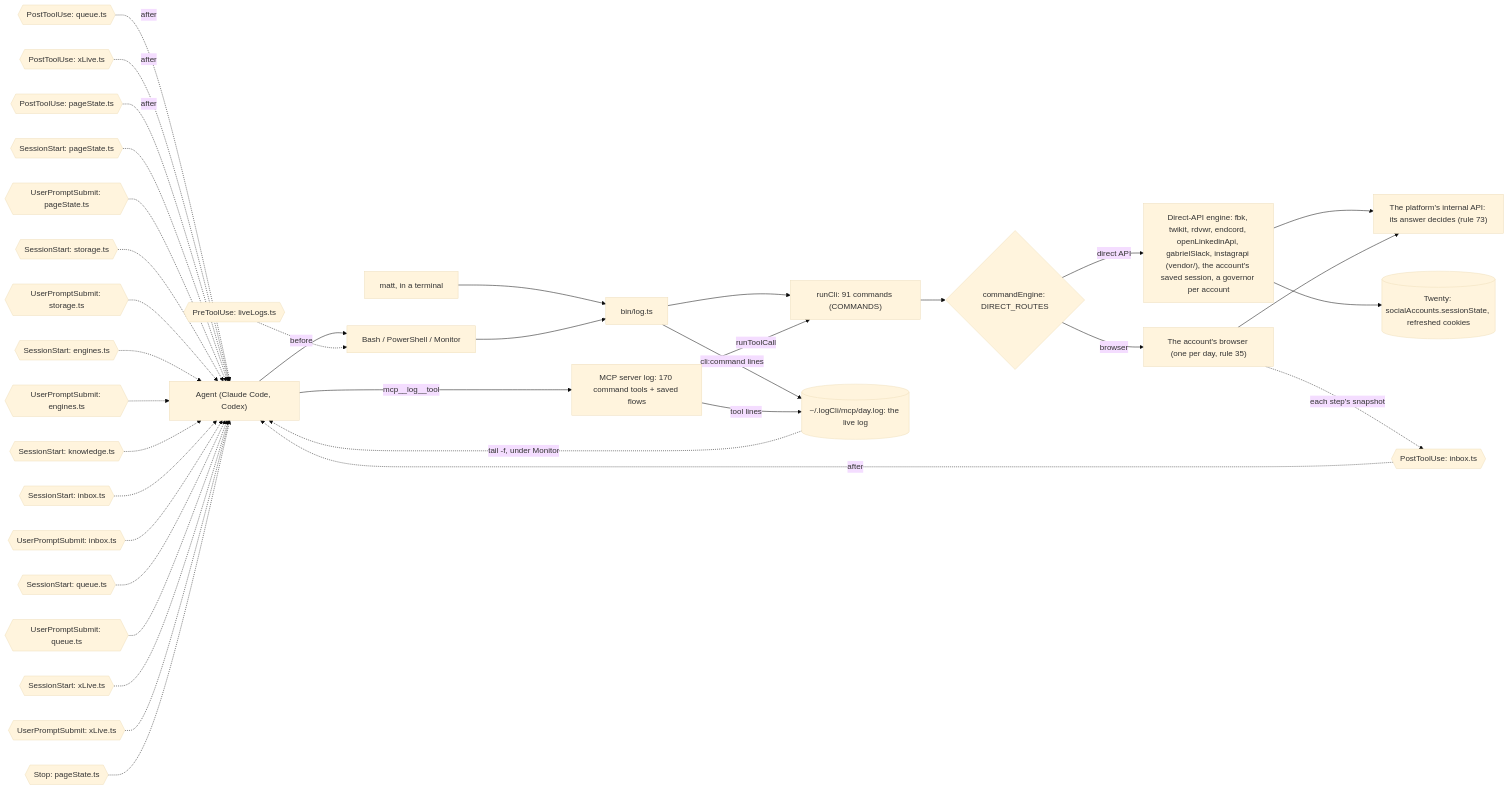
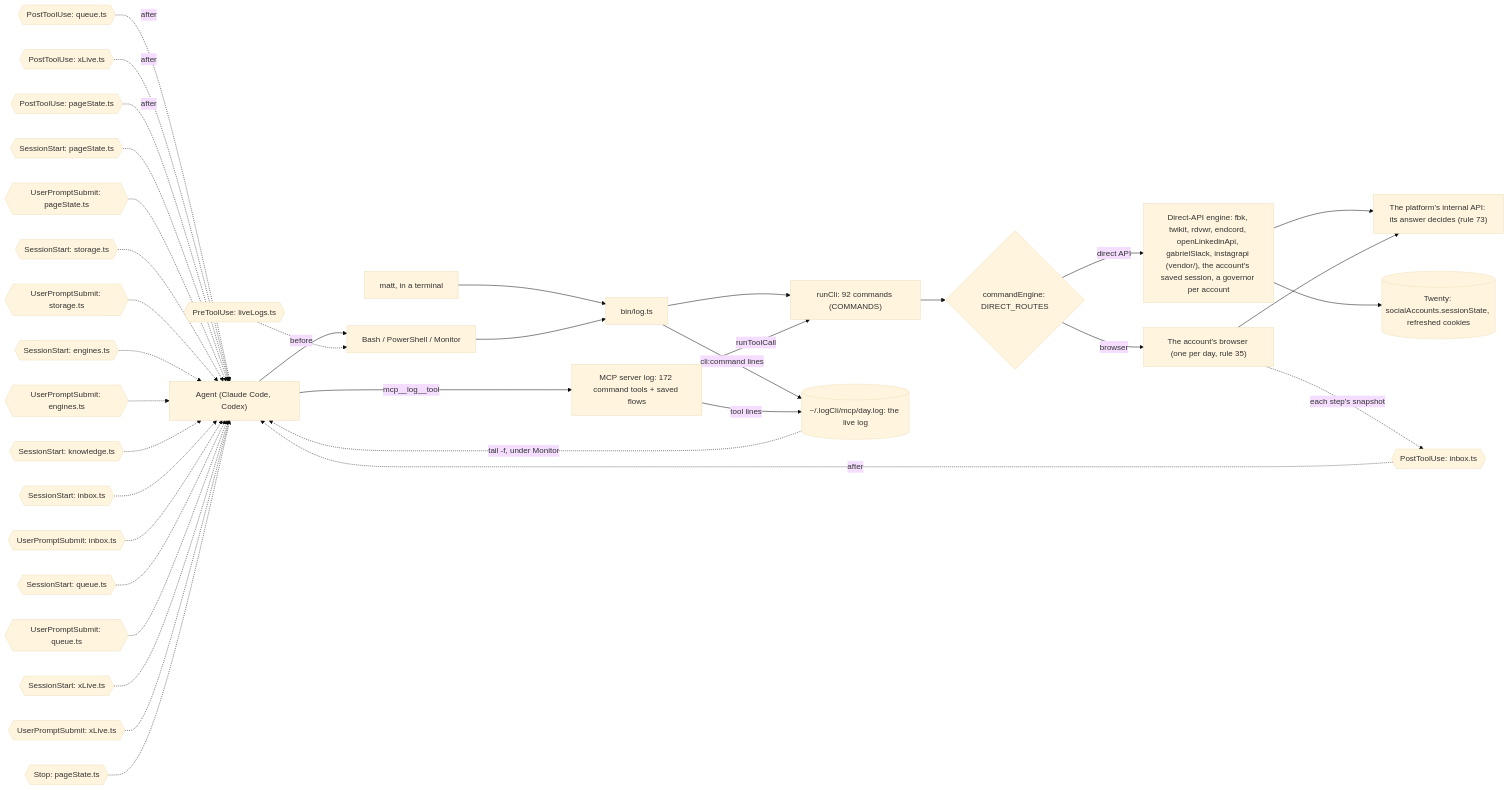
The diagram in docs/diagrams/surface.mmd (matthewdonsemail-lab/log), drawn with Mermaid (base theme) before and after one commit. The commit also changed 31 other files, not shown here.

```diff
--- a/docs/diagrams/surface.mmd
+++ b/docs/diagrams/surface.mmd
@@ -1,50 +1,50 @@
 %% How a call reaches log-cli. From a shell or over MCP, both run the same commands through `runCli`, write the same live log, and pass through the same hooks. `commandEngine` sends each command to the platform's direct API or to the account's browser.
 %% Written by `bun run docs:build` from the code (rule 56). Not edited by hand.
 flowchart LR
   agent["Agent (Claude Code, Codex)"]
   matt["matt, in a terminal"]
   shell["Bash / PowerShell / Monitor"]
-  mcp["MCP server log: 170 command tools + saved flows"]
+  mcp["MCP server log: 172 command tools + saved flows"]
   bin["bin/log.ts"]
-  runCli["runCli: 91 commands (COMMANDS)"]
+  runCli["runCli: 92 commands (COMMANDS)"]
   live[("~/.logCli/mcp/day.log: the live log")]
   engine{"commandEngine: DIRECT_ROUTES"}
   direct["Direct-API engine: fbk, twikit, rdvwr, endcord, openLinkedinApi, gabrielSlack, instagrapi (vendor/), the account's saved session, a governor per account"]
   browser["The account's browser (one per day, rule 35)"]
   api["The platform's internal API: its answer decides (rule 73)"]
   twenty[("Twenty: socialAccounts.sessionState, refreshed cookies")]
   agent --> shell
   matt --> bin
   shell --> bin
   agent -->|mcp__log__tool| mcp
   bin --> runCli
   mcp -->|runToolCall| runCli
   runCli --> engine
   engine -->|direct API| direct
   engine -->|browser| browser
   direct --> api
   browser --> api
   direct --> twenty
   bin -->|cli:command lines| live
   mcp -->|tool lines| live
   live -.->|tail -f, under Monitor| agent
   pre0{{"PreToolUse: liveLogs.ts"}} -.->|before| shell
   post0{{"PostToolUse: inbox.ts"}} -.->|after| agent
   post1{{"PostToolUse: queue.ts"}} -.->|after| agent
   post2{{"PostToolUse: xLive.ts"}} -.->|after| agent
   post3{{"PostToolUse: pageState.ts"}} -.->|after| agent
   turn0{{"SessionStart: pageState.ts"}} -.-> agent
   turn1{{"UserPromptSubmit: pageState.ts"}} -.-> agent
   turn2{{"SessionStart: storage.ts"}} -.-> agent
   turn3{{"UserPromptSubmit: storage.ts"}} -.-> agent
   turn4{{"SessionStart: engines.ts"}} -.-> agent
   turn5{{"UserPromptSubmit: engines.ts"}} -.-> agent
   turn6{{"SessionStart: knowledge.ts"}} -.-> agent
   turn7{{"SessionStart: inbox.ts"}} -.-> agent
   turn8{{"UserPromptSubmit: inbox.ts"}} -.-> agent
   turn9{{"SessionStart: queue.ts"}} -.-> agent
   turn10{{"UserPromptSubmit: queue.ts"}} -.-> agent
   turn11{{"SessionStart: xLive.ts"}} -.-> agent
   turn12{{"UserPromptSubmit: xLive.ts"}} -.-> agent
   turn13{{"Stop: pageState.ts"}} -.-> agent
   browser -.->|each step's snapshot| post0
```
